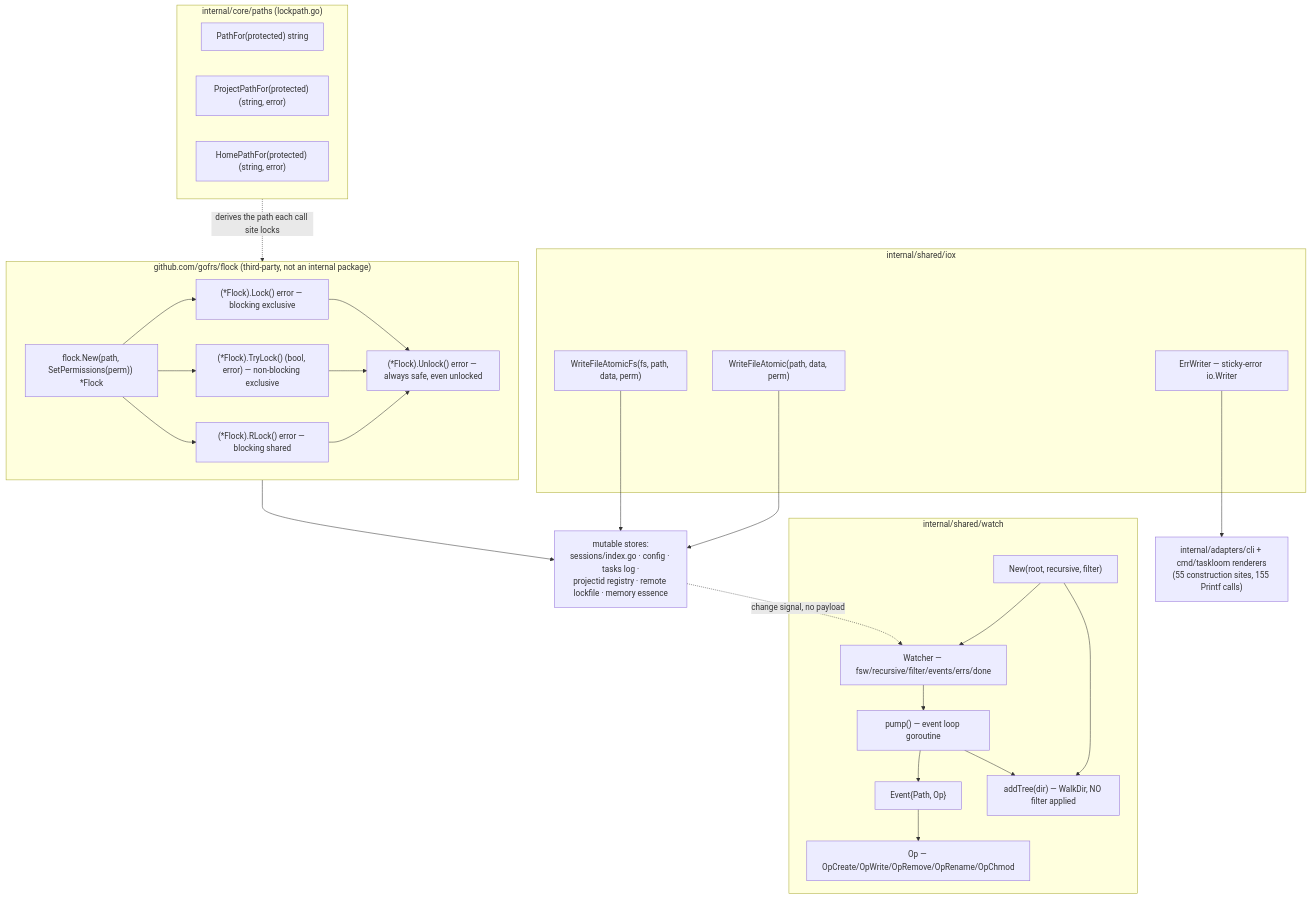
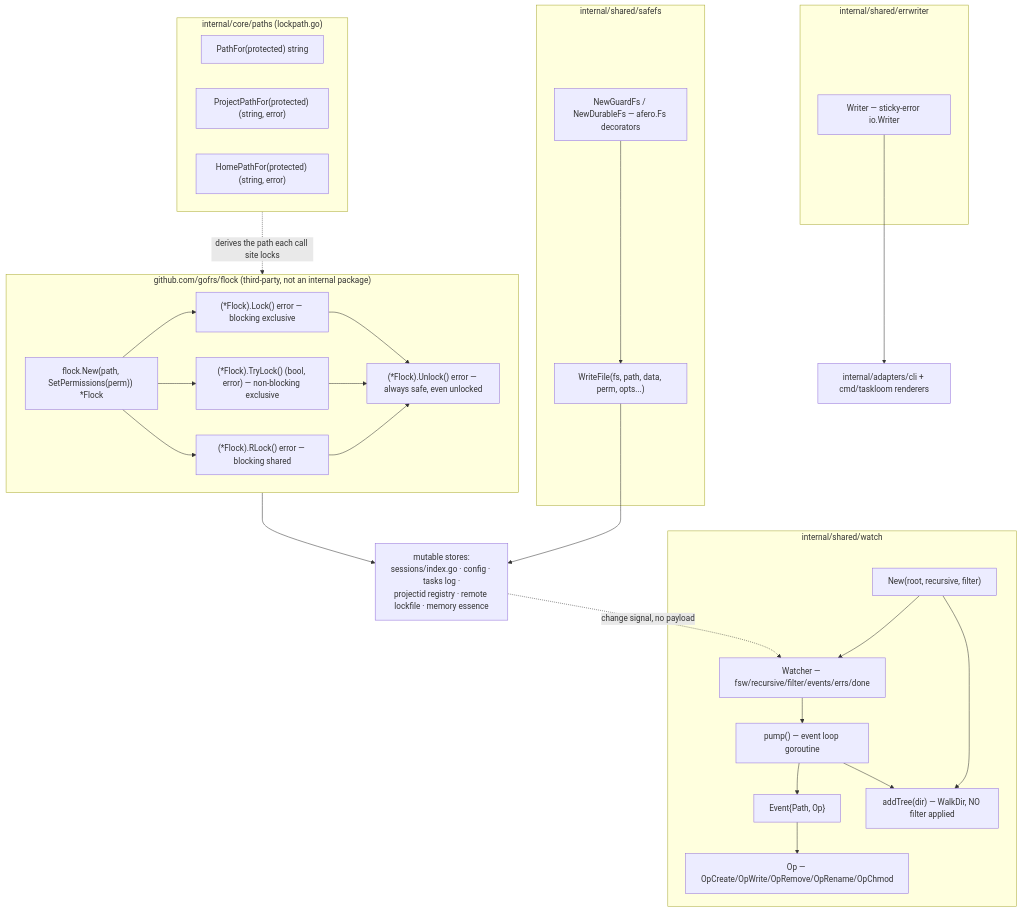
The diagram in docs/architecture/shared/filesystem-io.md (ctxloom/ctxloom), drawn with Mermaid before and after one commit. The commit also changed other lines of this file and 14 other files, not shown here.

First line of the commit message:
docs: name safefs and errwriter where the docs named iox

````diff
--- a/docs/architecture/shared/filesystem-io.md
+++ b/docs/architecture/shared/filesystem-io.md
@@ -9,44 +9,46 @@
 ```mermaid
 flowchart TD
-  subgraph iox["internal/shared/iox"]
-    WFA["WriteFileAtomic(path, data, perm)"]
-    WFAF["WriteFileAtomicFs(fs, path, data, perm)"]
-    EW["ErrWriter — sticky-error io.Writer"]
+  subgraph sf["internal/shared/safefs"]
+    WFA["WriteFile(fs, path, data, perm, opts...)"]
+    WFAF["NewGuardFs / NewDurableFs — afero.Fs decorators"]
+    WFAF --> WFA
+  end
+  subgraph ew["internal/shared/errwriter"]
+    EW["Writer — sticky-error io.Writer"]
   end
 
   subgraph fl["github.com/gofrs/flock (third-party, not an internal package)"]
     FN["flock.New(path, SetPermissions(perm)) *Flock"]
     FL["(*Flock).Lock() error — blocking exclusive"]
     FT["(*Flock).TryLock() (bool, error) — non-blocking exclusive"]
     FR["(*Flock).RLock() error — blocking shared"]
     FU["(*Flock).Unlock() error — always safe, even unlocked"]
     FN --> FL & FT & FR
     FL & FT & FR --> FU
   end
   subgraph pp["internal/core/paths (lockpath.go)"]
     PF["PathFor(protected) string"]
     PPF["ProjectPathFor(protected) (string, error)"]
     HPF["HomePathFor(protected) (string, error)"]
   end
   pp -.->|"derives the path each call site locks"| fl
 
   subgraph wt["internal/shared/watch"]
     NEW["New(root, recursive, filter)"]
     W["Watcher — fsw/recursive/filter/events/errs/done"]
     EV["Event{Path, Op}"]
     OP["Op — OpCreate/OpWrite/OpRemove/OpRename/OpChmod"]
     AT["addTree(dir) — WalkDir, NO filter applied"]
     PUMP["pump() — event loop goroutine"]
     NEW --> W
     W --> PUMP --> EV --> OP
     NEW --> AT
     PUMP --> AT
   end
 
   stores["mutable stores:<br/>sessions/index.go · config · tasks log ·<br/>projectid registry · remote lockfile · memory essence"]
   fl --> stores
   WFA --> stores
-  WFAF --> stores
   stores -.->|"change signal, no payload"| W
-  EW --> cli["internal/adapters/cli + cmd/taskloom renderers<br/>(55 construction sites, 155 Printf calls)"]
+  EW --> cli["internal/adapters/cli + cmd/taskloom renderers"]
 ```
````
